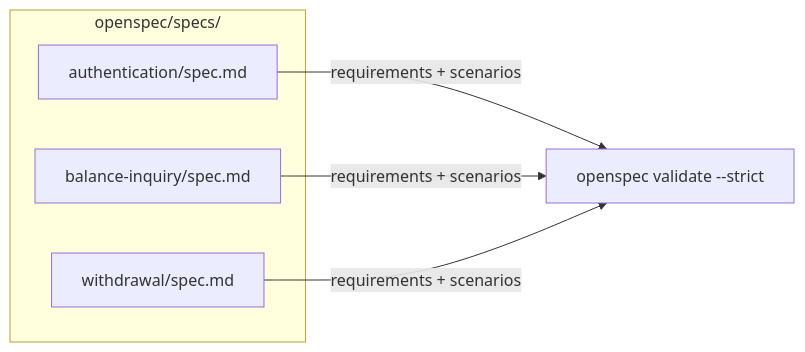
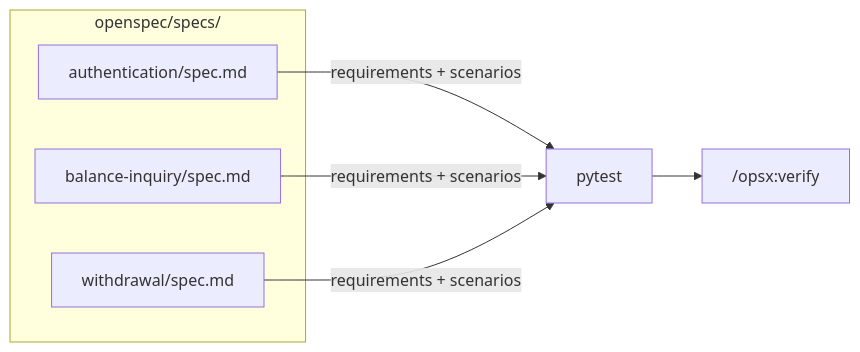
One commit to clawaimax/openspec-atm changed the fifth of 6 diagrams in README.md. Above: the diagram before and after it, drawn with Mermaid. The commit also changed other lines of this file, not shown here.

````diff
--- a/README.md
+++ b/README.md
@@ -530,14 +542,16 @@
 ```mermaid
 flowchart LR
     subgraph specs ["openspec/specs/"]
         s1[authentication/spec.md]
         s2[balance-inquiry/spec.md]
         s3[withdrawal/spec.md]
     end
 
-    V["openspec validate --strict"]
+    T["pytest"]
+    V["/opsx:verify"]
 
-    s1 -->|"requirements + scenarios"| V
-    s2 -->|"requirements + scenarios"| V
-    s3 -->|"requirements + scenarios"| V
+    s1 -->|"requirements + scenarios"| T
+    s2 -->|"requirements + scenarios"| T
+    s3 -->|"requirements + scenarios"| T
+    T --> V
 ```
````
